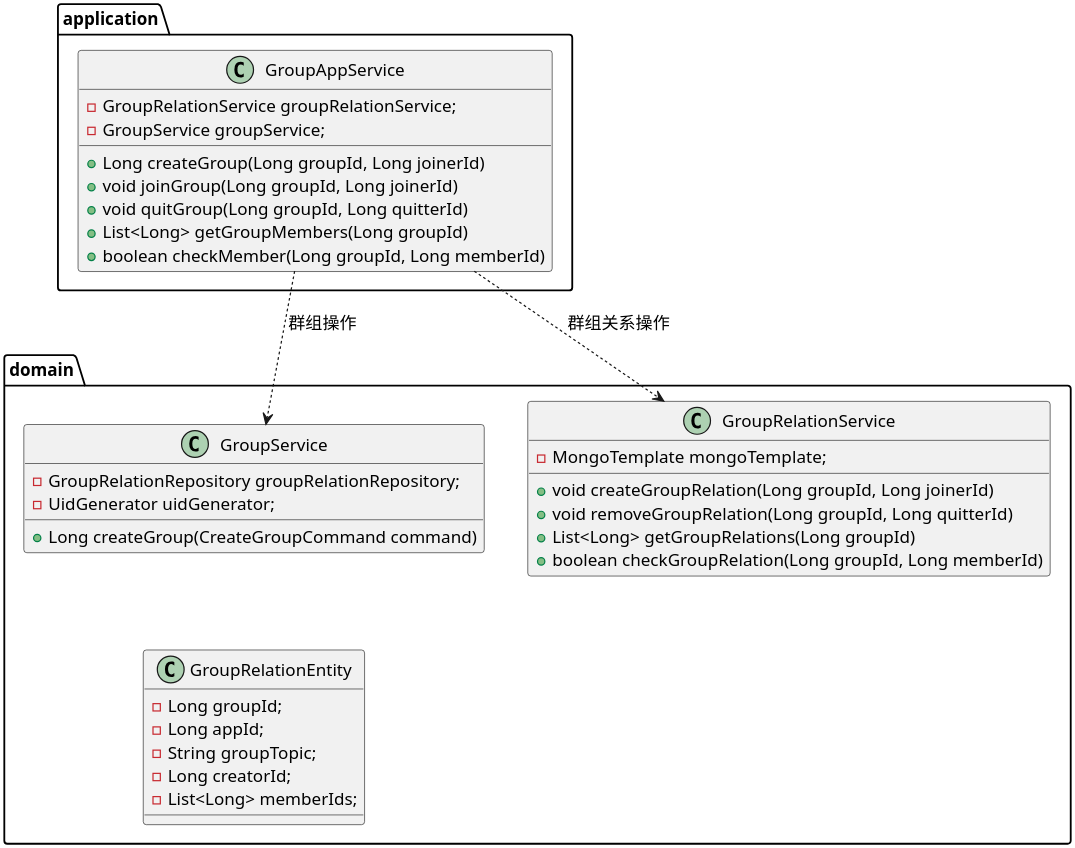
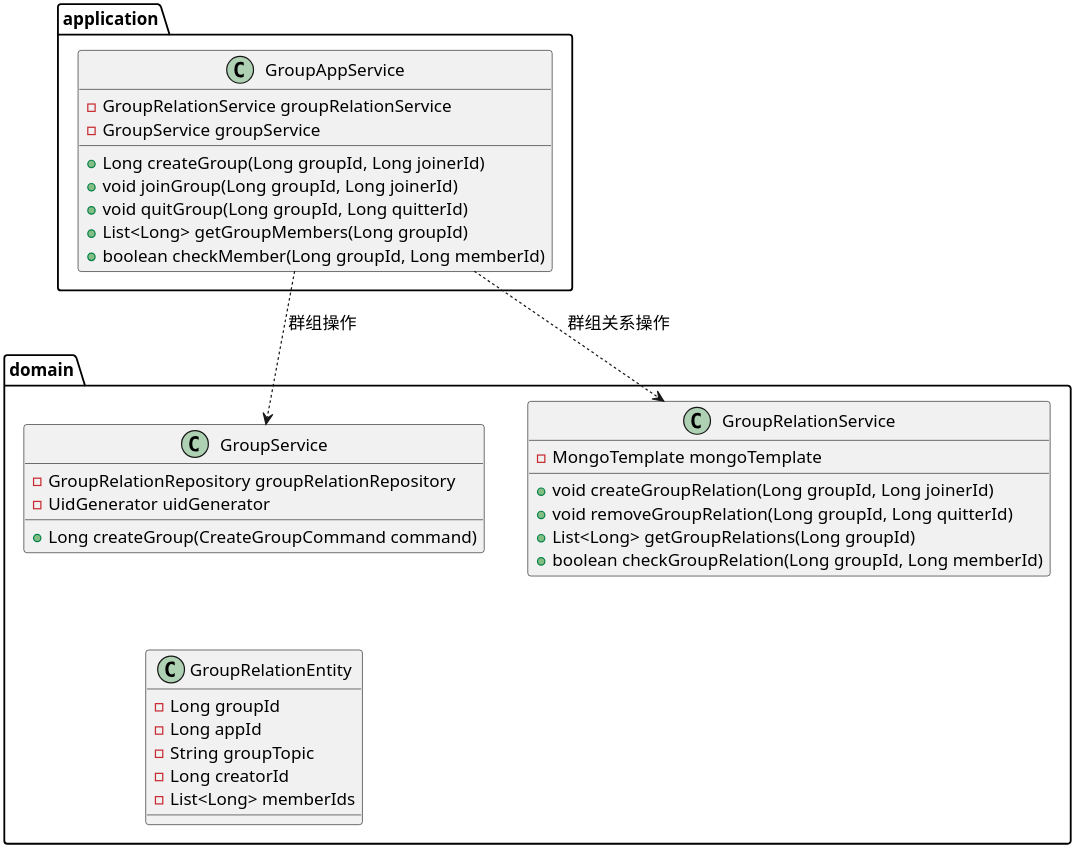
Before and after one commit to Etherealss/MessagePusher: the diagram in uml/relation/群组关系类图.puml, drawn with PlantUML. The commit also changed 10 other files, not shown here.

Commit message:
feature: uml

```diff
--- a/uml/relation/群组关系类图.puml
+++ b/uml/relation/群组关系类图.puml
@@ -1,48 +1,48 @@
 @startuml
 'https://plantuml.com/class-diagram
 skinparam shadowing false
 skinparam defaultFontName xfonts-wqy
 skinparam dpi 300
 skinparam activity  {
     DiamondFontSize 14
     ArrowFontSize 14
     FontSize 14
 }
 
 package application {
     class GroupAppService {
-        - GroupRelationService groupRelationService;
-        - GroupService groupService;
+        - GroupRelationService groupRelationService
+        - GroupService groupService
         + Long createGroup(Long groupId, Long joinerId)
         + void joinGroup(Long groupId, Long joinerId)
         + void quitGroup(Long groupId, Long quitterId)
         + List<Long> getGroupMembers(Long groupId)
         + boolean checkMember(Long groupId, Long memberId)
     }
 }
 
 package domain {
     class GroupService {
-        - GroupRelationRepository groupRelationRepository;
-        - UidGenerator uidGenerator;
+        - GroupRelationRepository groupRelationRepository
+        - UidGenerator uidGenerator
         + Long createGroup(CreateGroupCommand command)
     }
     class GroupRelationService {
-        - MongoTemplate mongoTemplate;
+        - MongoTemplate mongoTemplate
         + void createGroupRelation(Long groupId, Long joinerId)
         + void removeGroupRelation(Long groupId, Long quitterId)
         + List<Long> getGroupRelations(Long groupId)
         + boolean checkGroupRelation(Long groupId, Long memberId)
     }
     class GroupRelationEntity {
-        - Long groupId;
-        - Long appId;
-        - String groupTopic;
-        - Long creatorId;
-        - List<Long> memberIds;
+        - Long groupId
+        - Long appId
+        - String groupTopic
+        - Long creatorId
+        - List<Long> memberIds
     }
 }
 GroupAppService ..> GroupRelationService: 群组关系操作
 GroupAppService ..> GroupService: 群组操作
 GroupService .[hidden].> GroupRelationEntity
 @enduml
```
